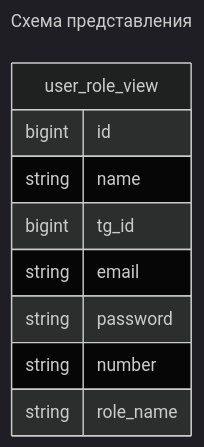
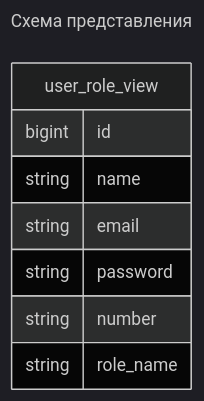
The second of 2 diagrams in Documentation/Backend/Элементы/DB.md (DimaNik5/Event-order), drawn with Mermaid (dark theme) before and after one commit. The commit also changed other lines of this file and 117 other files, not shown here.

````diff
--- a/Documentation/Backend/Элементы/DB.md
+++ b/Documentation/Backend/Элементы/DB.md
@@ -74,15 +73,14 @@
 ```mermaid
 ---
 title: Схема представления
 ---
 erDiagram
     user_role_view {
         bigint id
         string name
-        bigint tg_id
         string email
         string password
         string number
         string role_name
     }
 ```
````
